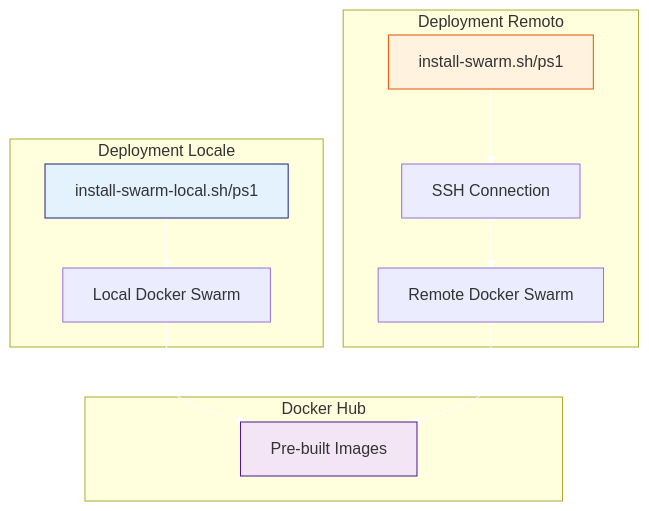
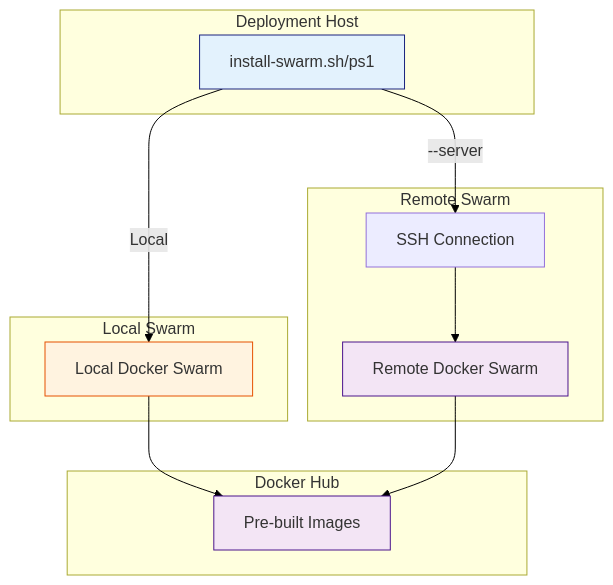
The diagram in docs/thothai_install/DOCKER_SWARM_INSTALLATION_IT.md (mptyl/ThothAI), drawn with Mermaid before and after one commit. The commit also changed other lines of this file and 34 other files, not shown here.

````diff
--- a/docs/thothai_install/DOCKER_SWARM_INSTALLATION_IT.md
+++ b/docs/thothai_install/DOCKER_SWARM_INSTALLATION_IT.md
@@ -53,27 +42,31 @@
 ```mermaid
 graph TB
-    subgraph "Deployment Locale"
-        Local[install-swarm-local.sh/ps1]
-        LocalSwarm[Local Docker Swarm]
-        Local --> LocalSwarm
+    subgraph "Deployment Host"
+        Deploy[install-swarm.sh/ps1]
     end
     
-    subgraph "Deployment Remoto"
-        Remote[install-swarm.sh/ps1]
+    subgraph "Local Swarm"
+        LocalSwarm[Local Docker Swarm]
+    end
+    
+    subgraph "Remote Swarm"
         SSH[SSH Connection]
         RemoteSwarm[Remote Docker Swarm]
-        Remote --> SSH --> RemoteSwarm
     end
+    
+    Deploy -->|Local| LocalSwarm
+    Deploy -->|--server| SSH --> RemoteSwarm
     
     subgraph Docker Hub
         Images[Pre-built Images]
     end
     
     LocalSwarm --> Images
     RemoteSwarm --> Images
 
-    style Local fill:#e3f2fd,stroke:#1a237e
-    style Remote fill:#fff3e0,stroke:#e65100
+    style Deploy fill:#e3f2fd,stroke:#1a237e
+    style LocalSwarm fill:#fff3e0,stroke:#e65100
+    style RemoteSwarm fill:#f3e5f5,stroke:#4a148c
     style Images fill:#f3e5f5,stroke:#4a148c
-    linkStyle default stroke:#fff,stroke-width:1px;
+    linkStyle default stroke:#000,stroke-width:1px;
 ```
````
